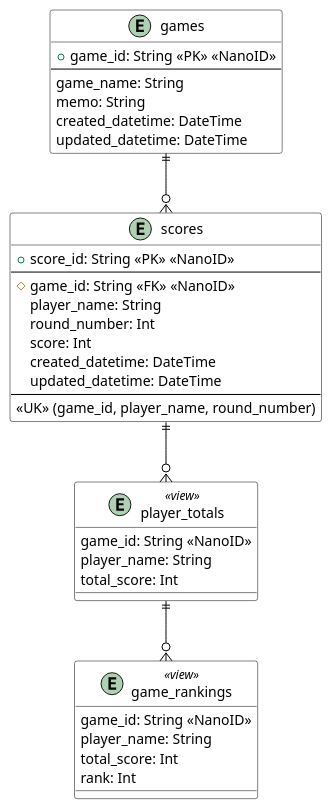
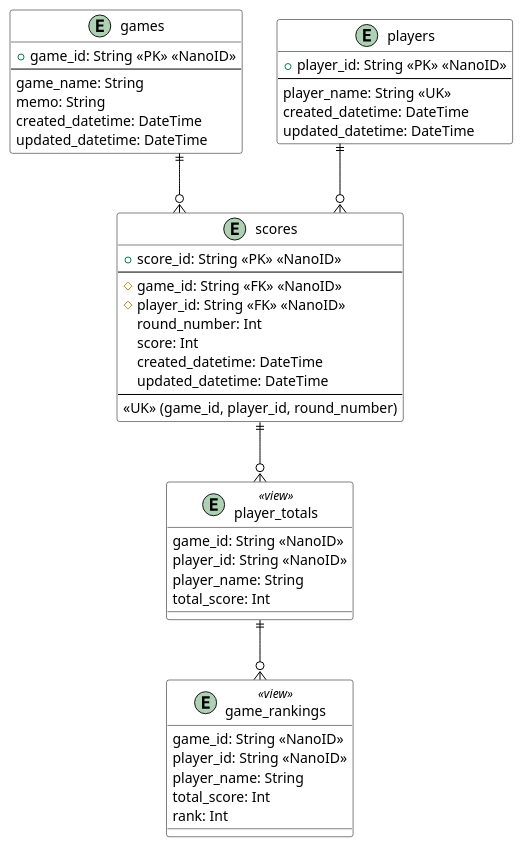
Before and after one commit to Mayoneeeez/tokutenban: the diagram in docs/er-diagram.puml, drawn with PlantUML. The commit also changed 5 other files, not shown here.

```diff
--- a/docs/er-diagram.puml
+++ b/docs/er-diagram.puml
@@ -1,53 +1,64 @@
 @startuml ER Diagram
 
 ' Styling
 skinparam linetype ortho
 skinparam class {
     BackgroundColor White
     BorderColor Black
     ArrowColor Black
 }
 
 ' Tables
 entity "games" as games {
     + game_id: String <<PK>> <<NanoID>>
     --
     game_name: String
     memo: String
     created_datetime: DateTime
     updated_datetime: DateTime
 }
 
+entity "players" as players {
+    + player_id: String <<PK>> <<NanoID>>
+    --
+    player_name: String <<UK>>
+    created_datetime: DateTime
+    updated_datetime: DateTime
+}
+
 entity "scores" as scores {
     + score_id: String <<PK>> <<NanoID>>
     --
     # game_id: String <<FK>> <<NanoID>>
-    player_name: String
+    # player_id: String <<FK>> <<NanoID>>
     round_number: Int
     score: Int
     created_datetime: DateTime
     updated_datetime: DateTime
     --
-    <<UK>> (game_id, player_name, round_number)
+    <<UK>> (game_id, player_id, round_number)
 }
 
 ' Views
 entity "player_totals" as player_totals <<view>> {
     game_id: String <<NanoID>>
+    player_id: String <<NanoID>>
     player_name: String
     total_score: Int
 }
 
 entity "game_rankings" as game_rankings <<view>> {
     game_id: String <<NanoID>>
+    player_id: String <<NanoID>>
     player_name: String
     total_score: Int
     rank: Int
 }
 
 ' Relationships
 games ||--o{ scores
+players ||--o{ scores
 scores ||--o{ player_totals
 player_totals ||--o{ game_rankings
 
 @enduml 
```
